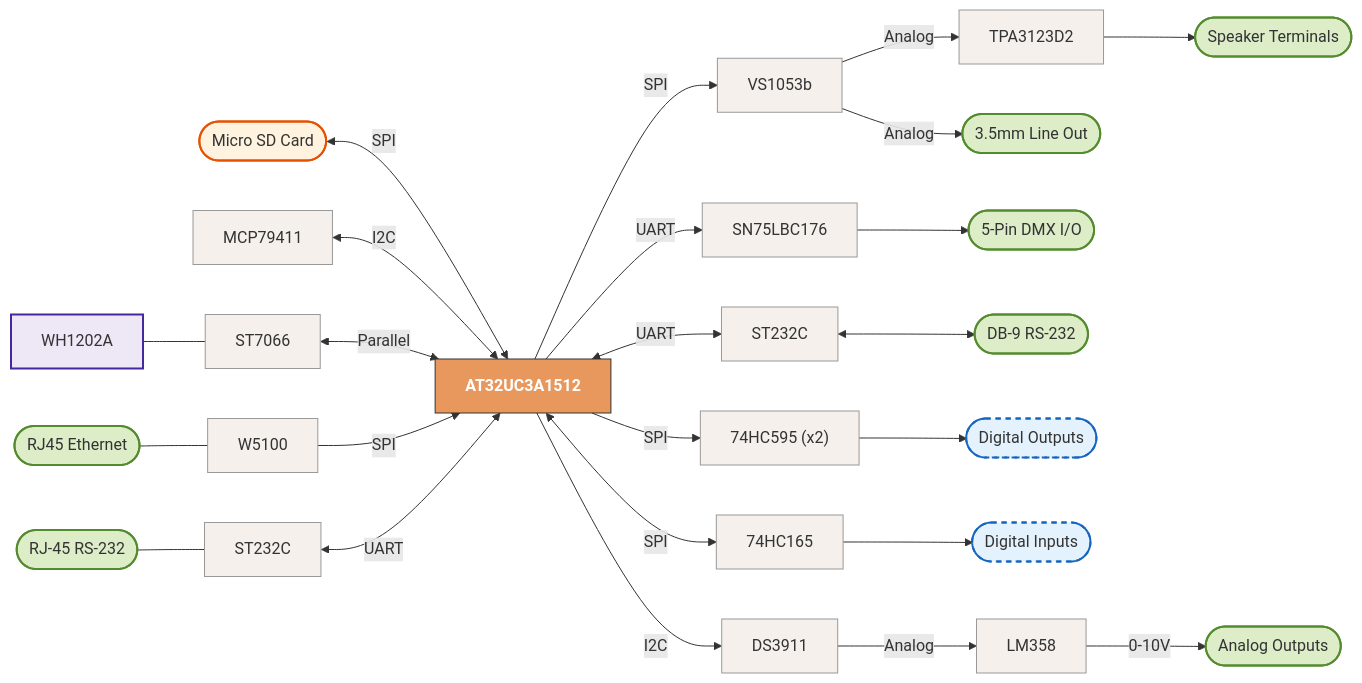
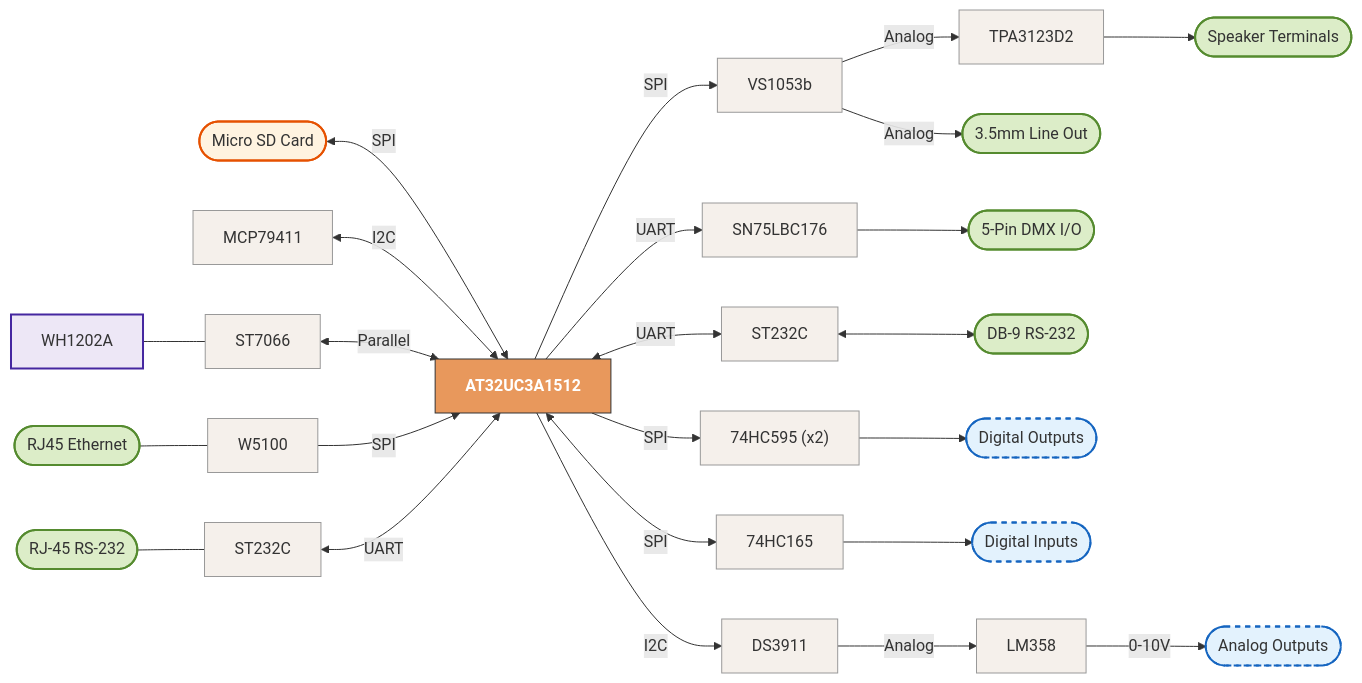
One commit to aramder/aramder.github.io changed the diagram in animation/_posts/2026-2-22-ProCommander4-Teardown.md. Above: the diagram before and after it, drawn with Mermaid. The commit also changed other lines of this file and 1 other file, not shown here.

````diff
--- a/animation/_posts/2026-2-22-ProCommander4-Teardown.md
+++ b/animation/_posts/2026-2-22-ProCommander4-Teardown.md
@@ -142,30 +144,30 @@
 ```mermaid
 graph LR
     classDef mcu fill:#e8985c,stroke:#333,color:#fff,font-weight:bold
     classDef ic fill:#f5f0eb,stroke:#999,color:#333
     classDef conn fill:#dcedc8,stroke:#558b2f,color:#333,stroke-width:2px
     classDef generic fill:#e3f2fd,stroke:#1565c0,color:#333,stroke-width:2px,stroke-dasharray:5 5
     classDef storage fill:#fff3e0,stroke:#e65100,color:#333,stroke-width:2px
     classDef display fill:#ede7f6,stroke:#4527a0,color:#333,stroke-width:2px
 
     SD([Micro SD Card]):::storage <-->|SPI| MCU[AT32UC3A1512]:::mcu
     MCP79411:::ic <-->|I2C| MCU
     LCD[WH1202A]:::display --- ST7066:::ic <-->|Parallel| MCU
     ETH([RJ45 Ethernet]):::conn --- W5100:::ic -->|SPI| MCU
     RJ45RS([RJ-45 RS-232]):::conn --- ST232C_2[ST232C]:::ic <-->|UART| MCU
 
     MCU -->|SPI| VS1053b:::ic
     VS1053b -->|Analog| TPA3123D2:::ic
     VS1053b -->|Analog| LINEOUT([3.5mm Line Out]):::conn
     TPA3123D2 --> SPKR([Speaker Terminals]):::conn
     MCU -->|UART| SN75LBC176:::ic
     SN75LBC176 --> DMX([5-Pin DMX I/O]):::conn
     MCU <-->|UART| ST232C_1[ST232C]:::ic
     ST232C_1 <--> DB9([DB-9 RS-232]):::conn
     MCU -->|SPI| HC595["74HC595 (x2)"]:::ic
     HC595 --> DOUT([Digital Outputs]):::generic
     MCU <-->|SPI| HC165[74HC165]:::ic
     HC165 --> DINP([Digital Inputs]):::generic
     MCU -->|I2C| DS3911:::ic -->|Analog| LM358:::ic
-    LM358 -->|0-10V| AOUT([Analog Outputs]):::conn
+    LM358 -->|0-10V| AOUT([Analog Outputs]):::generic
 ```
````
